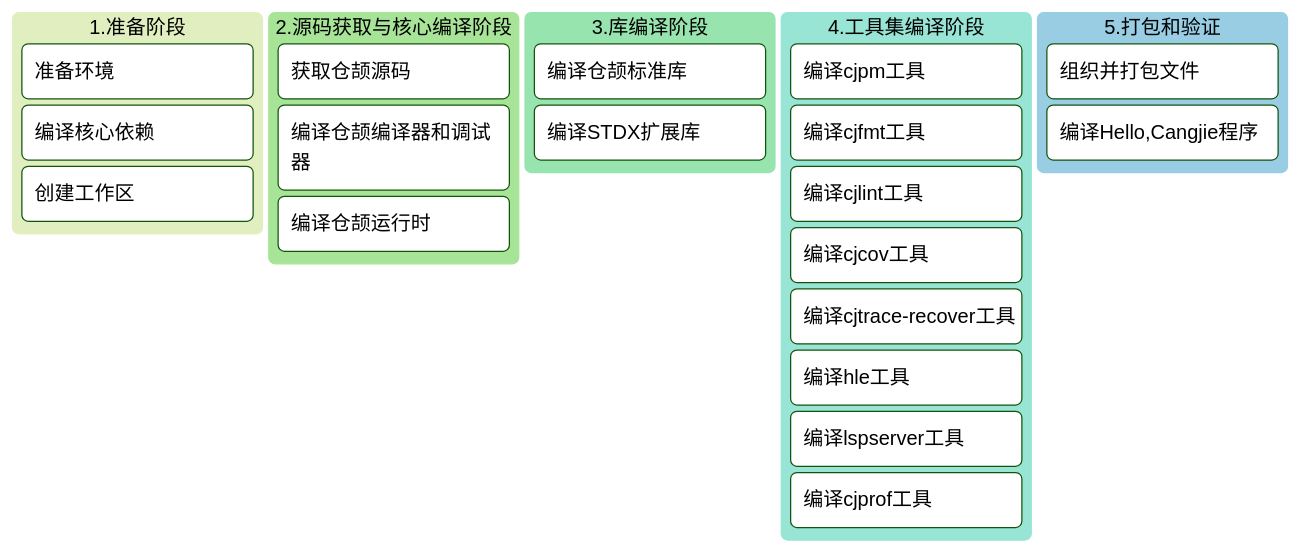
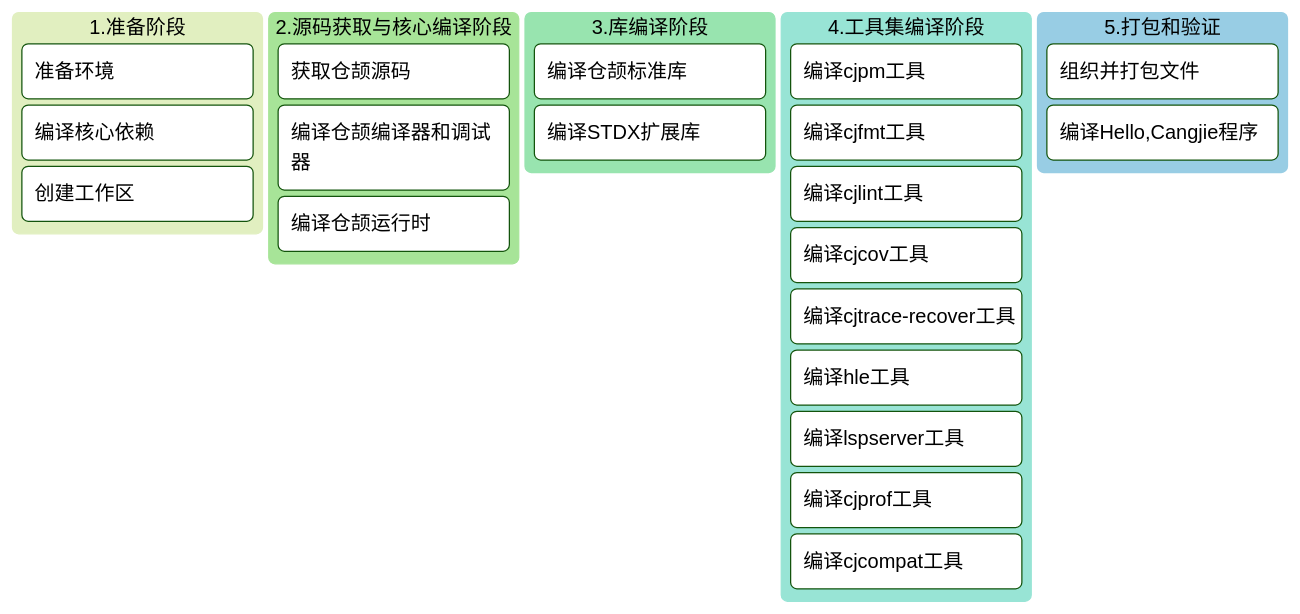
One commit to causerp/cangjie_build changed the diagram in docs/linux.md. Above: the diagram before and after it, drawn with Mermaid (forest theme). The commit also changed other lines of this file and 21 other files, not shown here.

````diff
--- a/docs/linux.md
+++ b/docs/linux.md
@@ -9,26 +9,27 @@
 ```mermaid
 kanban
   1.准备阶段
     A[准备环境]
     B[编译核心依赖]
     C[创建工作区]
   2.源码获取与核心编译阶段
     D[获取仓颉源码]
     E[编译仓颉编译器和调试器]
     F[编译仓颉运行时]
   3.库编译阶段
     G[编译仓颉标准库]
     H[编译STDX扩展库]
   4.工具集编译阶段
     I[编译cjpm工具]
     J[编译cjfmt工具]
     K[编译cjlint工具]
     L[编译cjcov工具]
     M[编译cjtrace-recover工具]
     N[编译hle工具]
     O[编译lspserver工具]
     P[编译cjprof工具]
+    Q[编译cjcompat工具]
   5.打包和验证
-    Q[组织并打包文件]
-    R[编译Hello,Cangjie程序]
+    R[组织并打包文件]
+    S[编译Hello,Cangjie程序]
 ```
````
